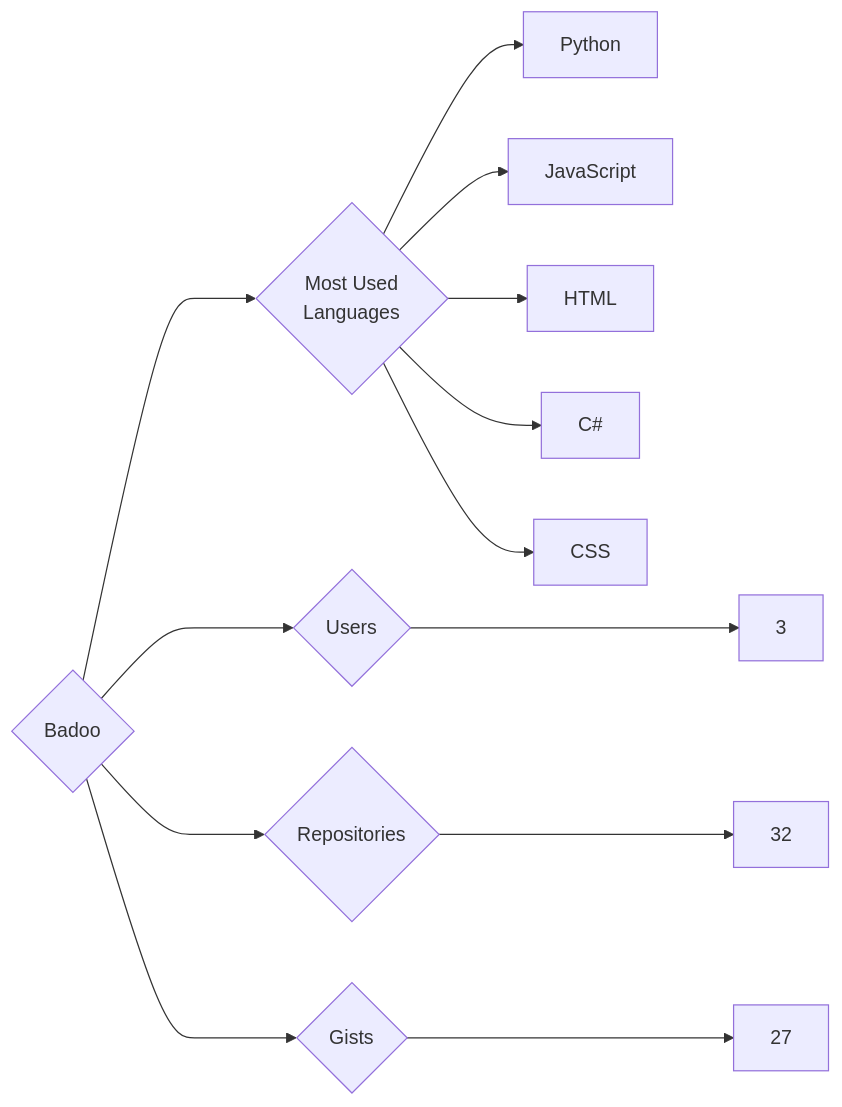
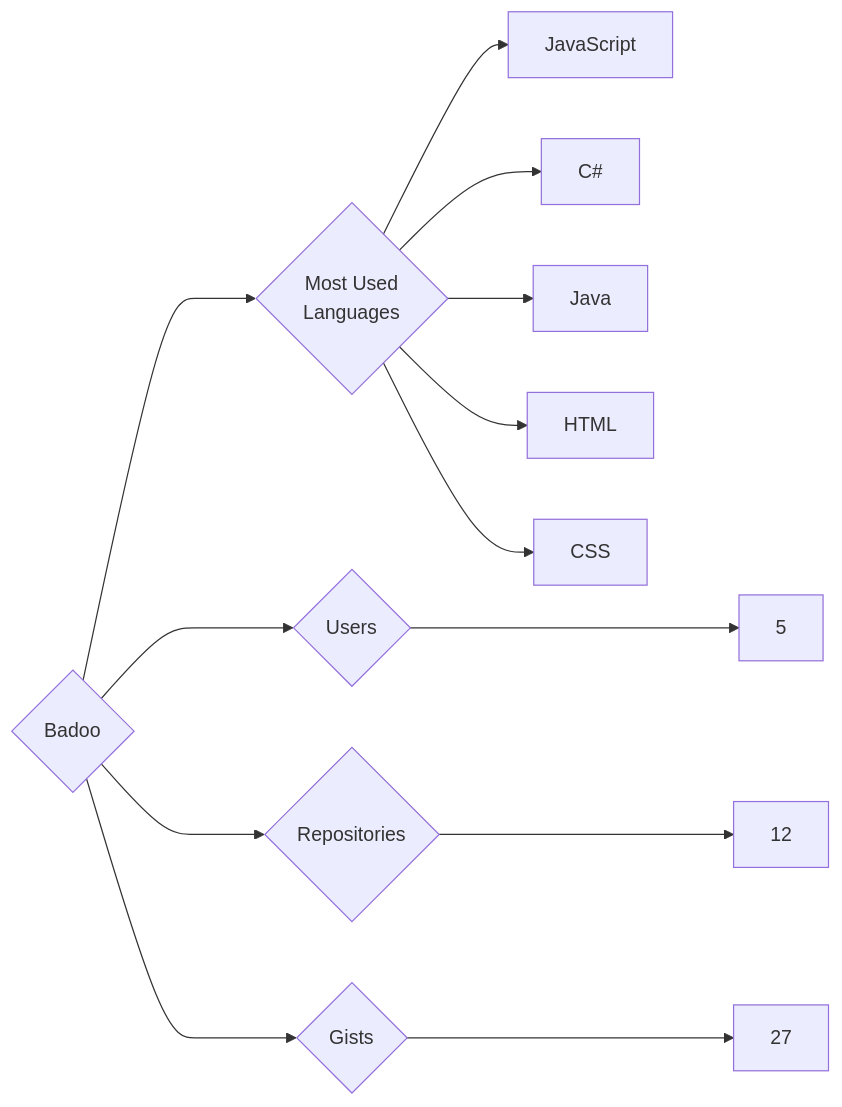
One commit to trickest/insiders changed the diagram in targets/Badoo/README.md. Above: the diagram before and after it, drawn with Mermaid. The commit also changed 1007 other files, not shown here.

````diff
--- a/targets/Badoo/README.md
+++ b/targets/Badoo/README.md
@@ -3,13 +3,13 @@
 ```mermaid
 graph LR
 COMPANY_NAME{Badoo}
-COMPANY_NAME ---> U{Users} ---> UN[3]
-COMPANY_NAME ---> R{Repositories} ---> RN[32]
+COMPANY_NAME ---> U{Users} ---> UN[5]
+COMPANY_NAME ---> R{Repositories} ---> RN[12]
 COMPANY_NAME ---> G{Gists} ---> GN[27]
 COMPANY_NAME ---> ML{Most Used<br>Languages}
-ML --> Python[Python]
 ML --> JavaScript[JavaScript]
+ML --> C#[C#]
+ML --> Java[Java]
 ML --> HTML[HTML]
-ML --> C#[C#]
 ML --> CSS[CSS]
 ```
````
